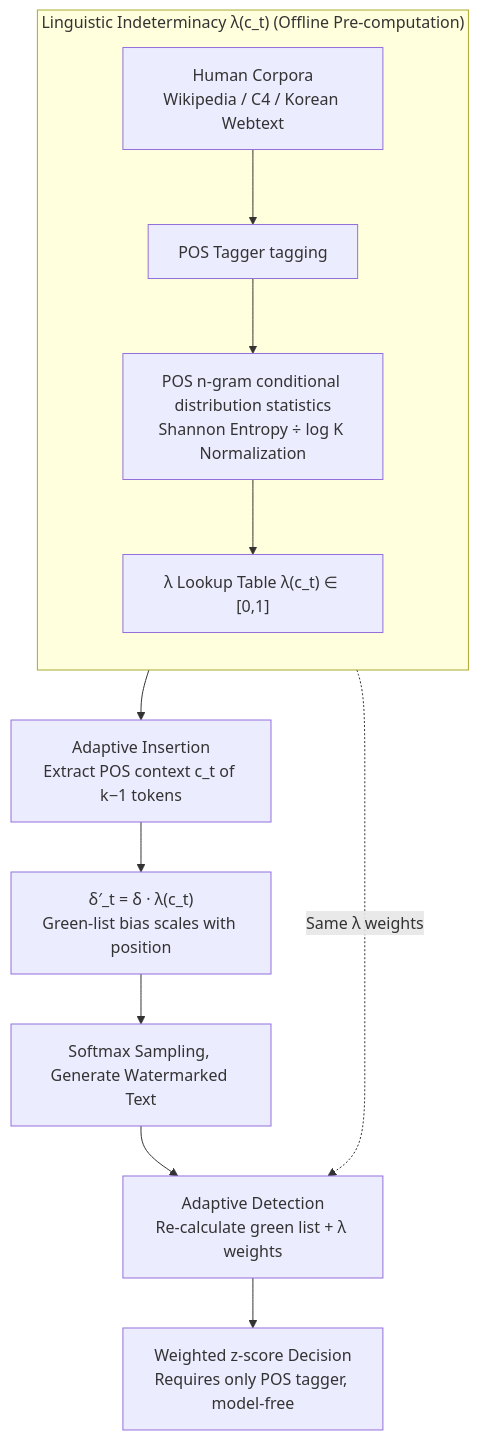
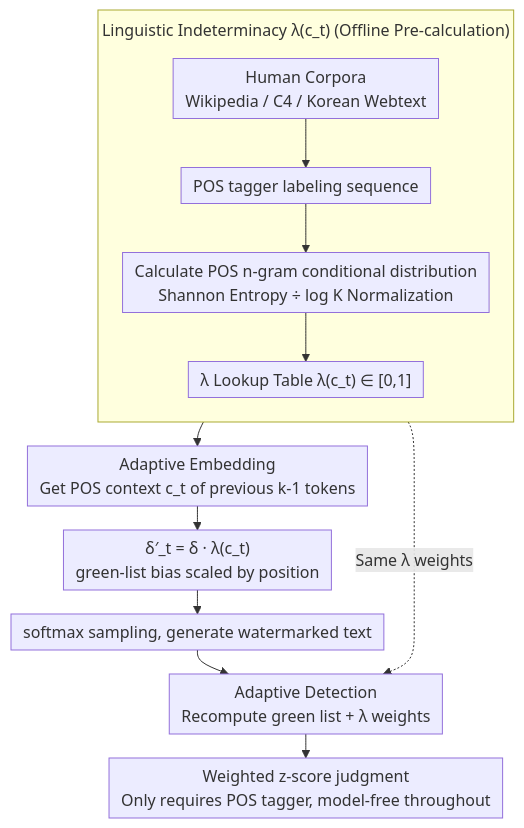
One commit to zhaoyang97/Paper-Notes-en changed the diagram in docs/ACL2026/llm_safety/a_linguistics-aware_llm_watermarking_via_syntactic_predictability.md. Above: the diagram before and after it, drawn with Mermaid. The commit also changed other lines of this file and 5084 other files, not shown here.

````diff
--- a/docs/ACL2026/llm_safety/a_linguistics-aware_llm_watermarking_via_syntactic_predictability.md
+++ b/docs/ACL2026/llm_safety/a_linguistics-aware_llm_watermarking_via_syntactic_predictability.md
@@ -47,15 +47,16 @@
 ```mermaid
-graph TD
-    subgraph OFF["Linguistic Indeterminacy λ(c_t) (Offline Pre-computation)"]
+%%{init: {'flowchart': {'rankSpacing': 24, 'nodeSpacing': 28, 'padding': 6, 'wrappingWidth': 400, 'subGraphTitleMargin': {'top': 8, 'bottom': 16}}}}%%
+flowchart TD
+    subgraph OFF["Linguistic Indeterminacy λ(c_t) (Offline Pre-calculation)"]
         direction TB
-        A["Human Corpora<br/>Wikipedia / C4 / Korean Webtext"] --> B["POS Tagger tagging"]
-        B --> C["POS n-gram conditional distribution statistics<br/>Shannon Entropy ÷ log K Normalization"]
+        A["Human Corpora<br/>Wikipedia / C4 / Korean Webtext"] --> B["POS tagger labeling sequence"]
+        B --> C["Calculate POS n-gram conditional distribution<br/>Shannon Entropy ÷ log K Normalization"]
         C --> D["λ Lookup Table λ(c_t) ∈ [0,1]"]
     end
-    D --> E["Adaptive Insertion<br/>Extract POS context c_t of k−1 tokens"]
-    E --> F["δ′_t = δ · λ(c_t)<br/>Green-list bias scales with position"]
-    F --> G["Softmax Sampling, Generate Watermarked Text"]
-    G --> H["Adaptive Detection<br/>Re-calculate green list + λ weights"]
+    D --> E["Adaptive Embedding<br/>Get POS context c_t of previous k-1 tokens"]
+    E --> F["δ′_t = δ · λ(c_t)<br/>green-list bias scaled by position"]
+    F --> G["softmax sampling, generate watermarked text"]
+    G --> H["Adaptive Detection<br/>Recompute green list + λ weights"]
     D -.Same λ weights.-> H
-    H --> I["Weighted z-score Decision<br/>Requires only POS tagger, model-free"]
+    H --> I["Weighted z-score judgment<br/>Only requires POS tagger, model-free throughout"]
 ```
````
